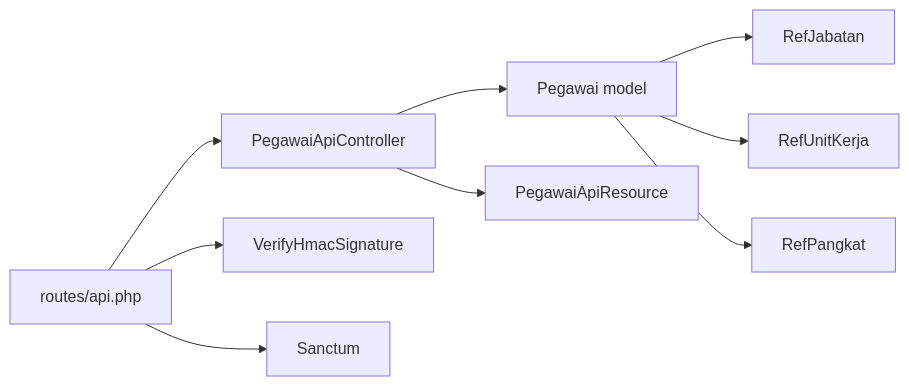
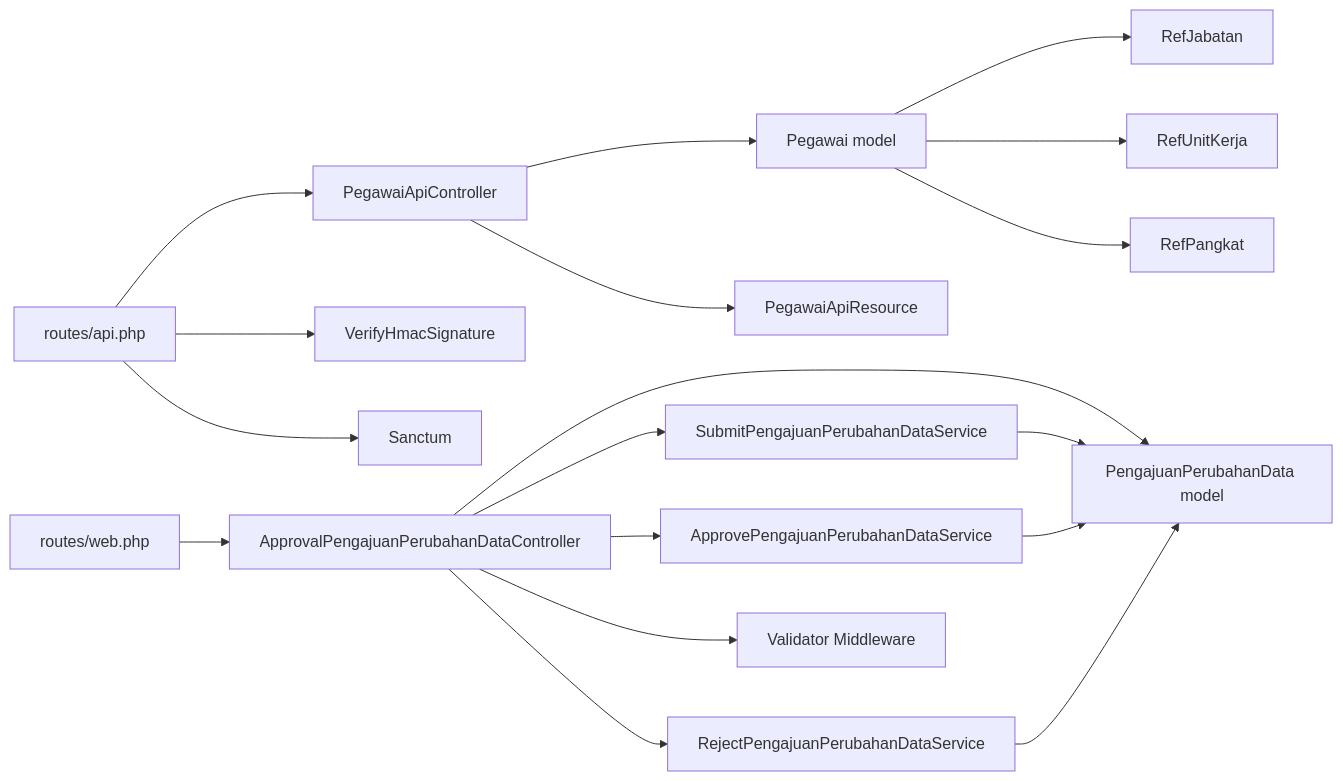
The ninth of 10 diagrams in .qoder/repowiki/en/content/API Documentation/Employee Management API.md (PA-Penajam/kepegawaian_apps), drawn with Mermaid before and after one commit. The commit also changed other lines of this file and 4 other files, not shown here.

First line of the commit message:
feat(approval): add self-service data change approval workflow

````diff
--- a/.qoder/repowiki/en/content/API Documentation/Employee Management API.md
+++ b/.qoder/repowiki/en/content/API Documentation/Employee Management API.md
@@ -362,11 +526,20 @@
 ```mermaid
 graph LR
 R["routes/api.php"] --> C["PegawaiApiController"]
 C --> M["Pegawai model"]
 C --> Res["PegawaiApiResource"]
 M --> J["RefJabatan"]
 M --> U["RefUnitKerja"]
 M --> P["RefPangkat"]
 R --> MW["VerifyHmacSignature"]
 R --> S["Sanctum"]
+AR["routes/web.php"] --> AC["ApprovalPengajuanPerubahanDataController"]
+AC --> AM["PengajuanPerubahanData model"]
+AC --> SM["SubmitPengajuanPerubahanDataService"]
+AC --> AMS["ApprovePengajuanPerubahanDataService"]
+AC --> RMS["RejectPengajuanPerubahanDataService"]
+SM --> AM
+AMS --> AM
+RMS --> AM
+AC --> MW2["Validator Middleware"]
 ```
````
